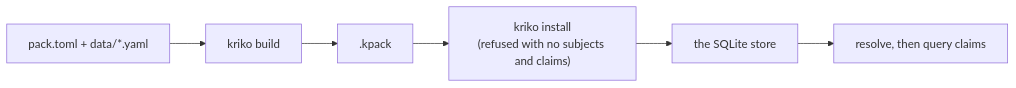
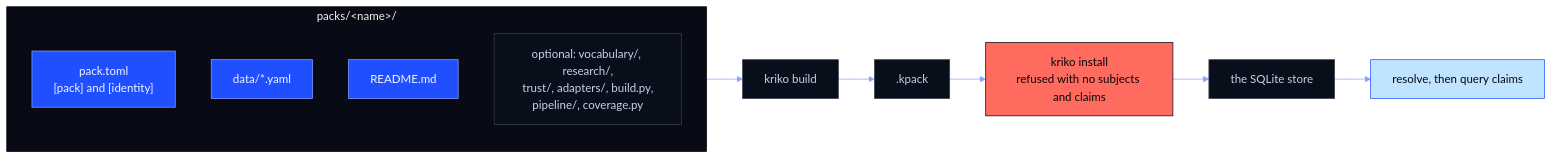
Before and after one commit to Berbadov/kriko: the diagram in docs/PACK_CONTRACT.md, drawn with Mermaid. The commit also changed other lines of this file and 21 other files, not shown here.

````diff
--- a/docs/PACK_CONTRACT.md
+++ b/docs/PACK_CONTRACT.md
@@ -13,6 +18,25 @@
 ```mermaid
+%%{init: {"theme":"base","themeVariables":{"fontFamily":"ui-monospace, SFMono-Regular, Consolas, monospace","primaryColor":"#090E1B","primaryTextColor":"#F2F5FF","primaryBorderColor":"#1F4FFF","lineColor":"#86A3FF","secondaryColor":"#1739C2","tertiaryColor":"#080B16","noteBkgColor":"#BFE4FF","noteTextColor":"#05070F","actorBkg":"#090E1B","actorTextColor":"#F2F5FF","actorBorder":"#1F4FFF","signalColor":"#86A3FF","signalTextColor":"#86A3FF"}}}%%
 flowchart LR
-    YAML["pack.toml + data/*.yaml"] --> BUILD["kriko build"]
-    BUILD --> KPACK[".kpack"] --> INSTALL["kriko install<br/>(refused with no subjects and claims)"]
-    INSTALL --> STORE["the SQLite store"] --> LOOKUP["resolve, then query claims"]
+    subgraph DIR["packs/#lt;name#gt;/"]
+        direction TB
+        TOML["pack.toml<br/>[pack] and [identity]"]
+        DATA["data/*.yaml"]
+        README["README.md"]
+        OPT["optional: vocabulary/, research/,<br/>trust/, adapters/, build.py,<br/>pipeline/, coverage.py"]
+    end
+    DIR --> BUILD["kriko build"]
+    BUILD --> KPACK[".kpack"]
+    KPACK --> INSTALL["kriko install<br/>refused with no subjects and claims"]
+    INSTALL --> STORE["the SQLite store"]
+    STORE --> LOOKUP["resolve, then query claims"]
+
+    classDef brand  fill:#1F4FFF,stroke:#86A3FF,color:#F2F5FF
+    classDef plain  fill:#090E1B,stroke:#3A4156,color:#C9D1EA
+    classDef ice    fill:#BFE4FF,stroke:#1F4FFF,color:#05070F
+    classDef danger fill:#FF6B5E,stroke:#05070F,color:#05070F
+    class TOML,DATA,README brand
+    class OPT,BUILD,KPACK,STORE plain
+    class INSTALL danger
+    class LOOKUP ice
 ```
````
